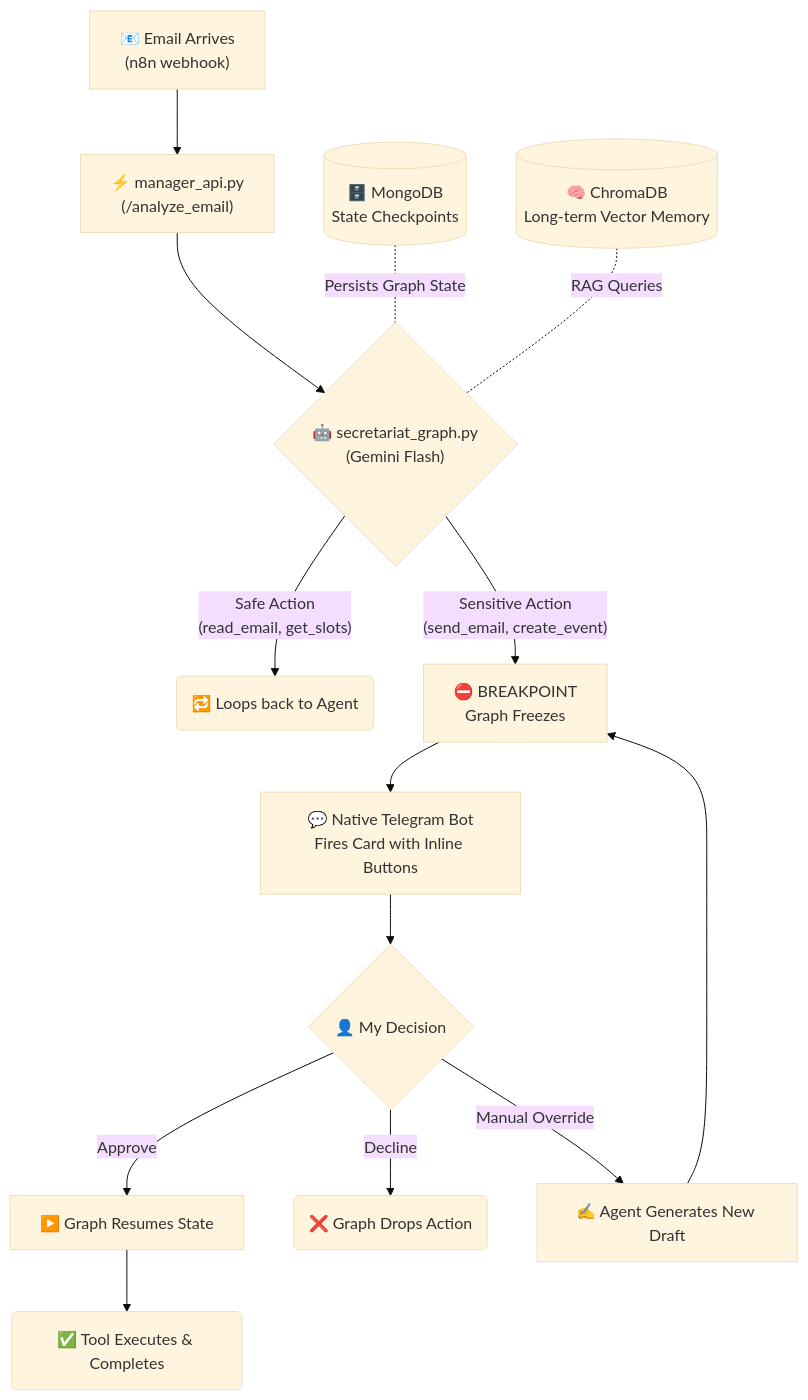
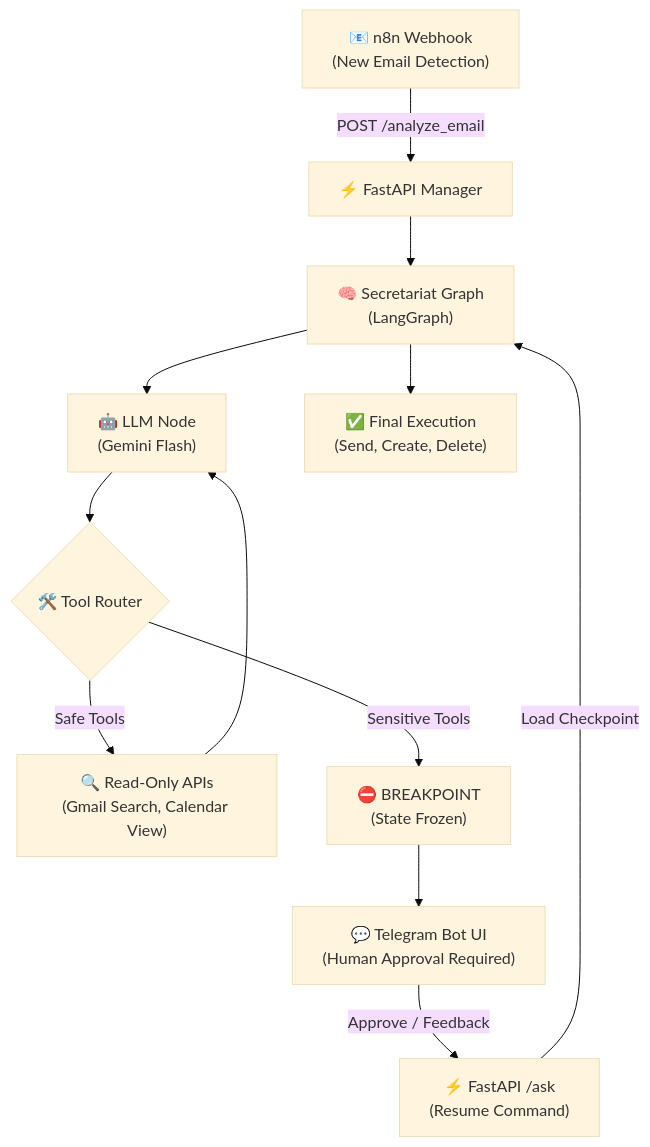
One commit to GolanLevi/myOS changed the second of 2 diagrams in README.md. Above: the diagram before and after it, drawn with Mermaid (base theme). The commit also changed other lines of this file and 1 other file, not shown here.

````diff
--- a/README.md
+++ b/README.md
@@ -70,23 +104,18 @@
 ```mermaid
 graph TD
-    A["📧 Email Arrives\n(n8n webhook)"] --> B["⚡ manager_api.py\n(/analyze_email)"]
-    B --> C{"🤖 secretariat_graph.py\n(Gemini Flash)"}
+    A["📧 n8n Webhook\n(New Email Detection)"] -->|POST /analyze_email| B["⚡ FastAPI Manager"]
+    B --> C["🧠 Secretariat Graph\n(LangGraph)"]
+    C --> D["🤖 LLM Node\n(Gemini Flash)"]
+    D --> E{"🛠️ Tool Router"}
     
-    C -->|"Safe Action\n(read_email, get_slots)"| D("🔁 Loops back to Agent")
+    E -->|Safe Tools| F["🔍 Read-Only APIs\n(Gmail Search, Calendar View)"]
+    F --> D
     
-    C -->|"Sensitive Action\n(send_email, create_event)"| E["⛔ BREAKPOINT\nGraph Freezes"]
+    E -->|Sensitive Tools| G["⛔ BREAKPOINT\n(State Frozen)"]
+    G --> H["💬 Telegram Bot UI\n(Human Approval Required)"]
     
-    E --> F["💬 Native Telegram Bot\nFires Card with Inline Buttons"]
+    H -->|Approve / Feedback| I["⚡ FastAPI /ask\n(Resume Command)"]
+    I -->|Load Checkpoint| C
     
-    F --> G{"👤 My Decision"}
-    
-    G -->|"Approve"| H["▶️ Graph Resumes State"]
-    G -->|"Decline"| I("❌ Graph Drops Action")
-    G -->|"Manual Override"| J["✍️ Agent Generates New Draft"]
-    
-    H --> K("✅ Tool Executes & Completes")
-    J --> E
-    
-    M[("🗄️ MongoDB\nState Checkpoints")] -. "Persists Graph State" .- C
-    N[("🧠 ChromaDB\nLong-term Vector Memory")] -. "RAG Queries" .- C
+    C --> J["✅ Final Execution\n(Send, Create, Delete)"]
 ```
````
